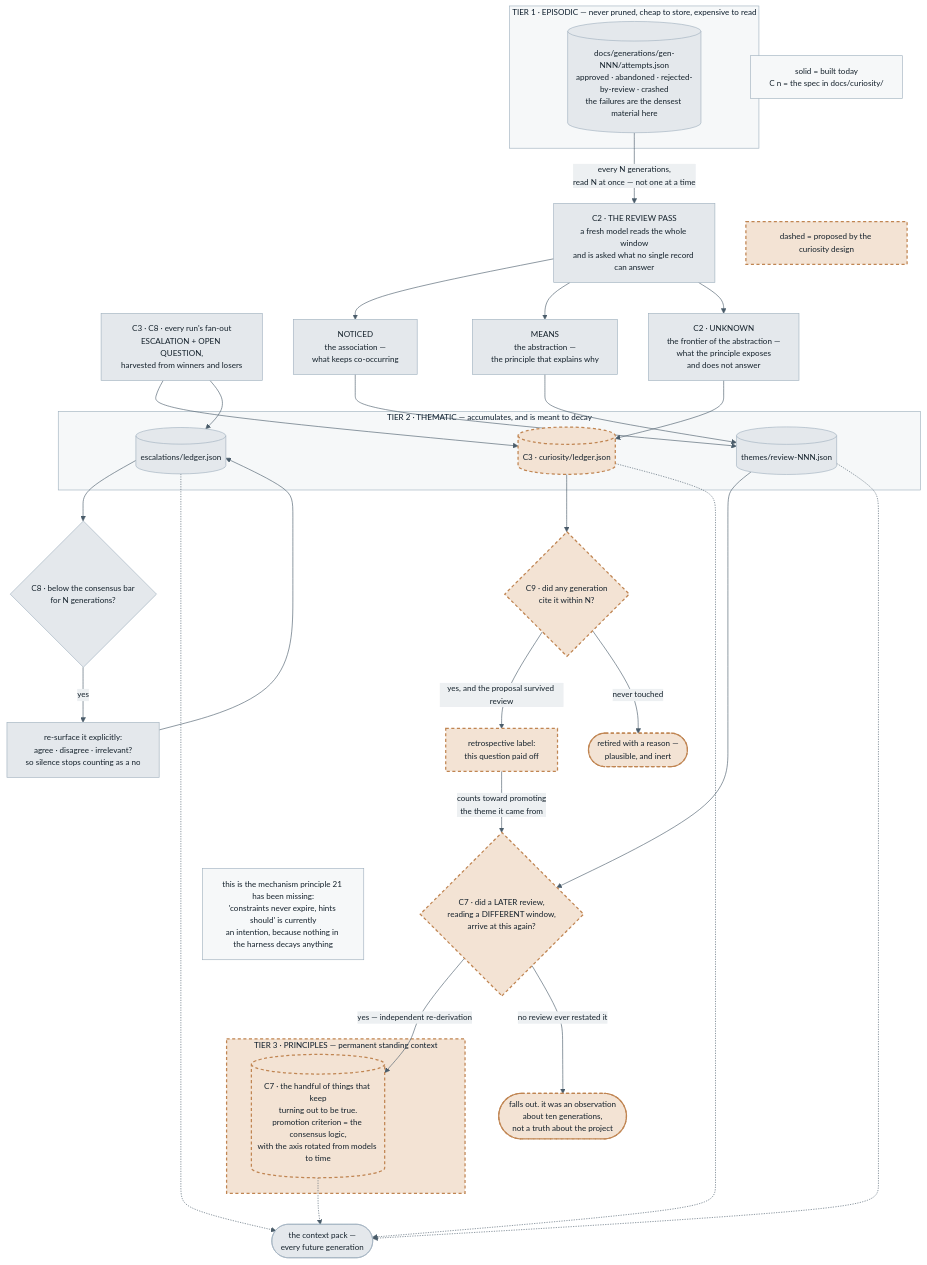
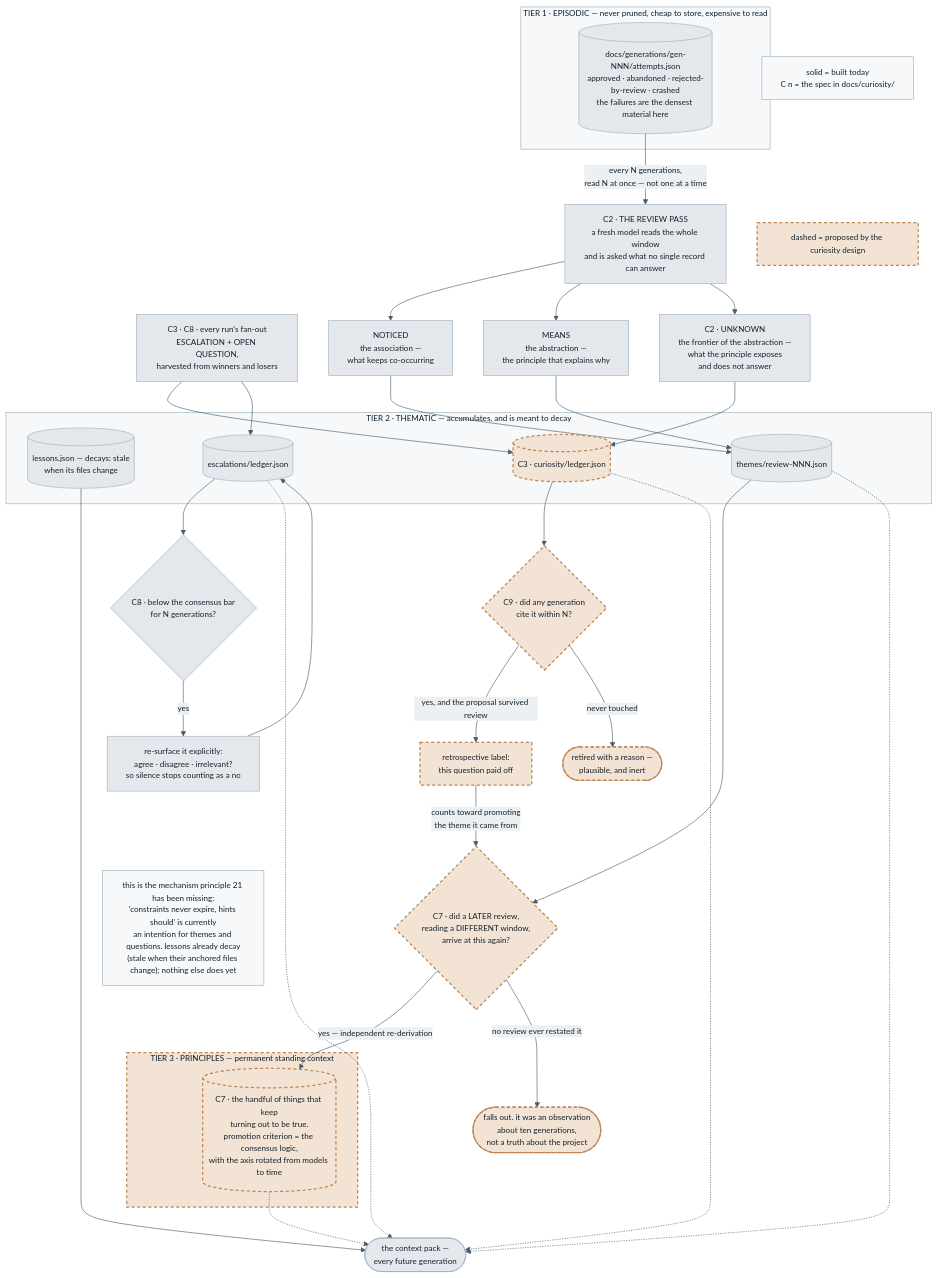
One commit to Chrisfoz/self-optimisation changed the diagram in learning/diagrams/proposed-curiosity-memory.mmd. Above: the diagram before and after it, drawn with Mermaid. The commit also changed 15 other files, not shown here.

First line of the commit message:
Docs, diagrams and test docs: steward sweep before going public (#49)

```diff
--- a/learning/diagrams/proposed-curiosity-memory.mmd
+++ b/learning/diagrams/proposed-curiosity-memory.mmd
@@ -1,63 +1,65 @@
 %%{init: {"theme":"base","themeVariables":{"fontSize":"13px","primaryColor":"#E4E8EC","primaryTextColor":"#14212B","primaryBorderColor":"#9FB0BE","lineColor":"#4A5C6A","secondaryColor":"#DCE7F0","tertiaryColor":"#F3E3D4","clusterBkg":"#F6F8F9","clusterBorder":"#9FB0BE","edgeLabelBackground":"#EDF0F2","textColor":"#14212B"}}}%%
 flowchart TB
   subgraph t1["TIER 1 · EPISODIC — never pruned, cheap to store, expensive to read"]
     gens[("docs/generations/gen-NNN/attempts.json<br/>approved · abandoned · rejected-by-review · crashed<br/>the failures are the densest material here")]
   end
 
   fan["C3 · C8 · every run's fan-out<br/>ESCALATION + OPEN QUESTION,<br/>harvested from winners and losers"]
 
   gens -->|"every N generations,<br/>read N at once — not one at a time"| trev["C2 · THE REVIEW PASS<br/>a fresh model reads the whole window<br/>and is asked what no single record can answer"]
 
   trev --> noticed["NOTICED<br/>the association —<br/>what keeps co-occurring"]
   trev --> means["MEANS<br/>the abstraction —<br/>the principle that explains why"]
   trev --> unknown["C2 · UNKNOWN<br/>the frontier of the abstraction —<br/>what the principle exposes<br/>and does not answer"]
 
   subgraph t2["TIER 2 · THEMATIC — accumulates, and is meant to decay"]
+    lessons[("lessons.json — decays: stale<br/>when its files change")]
     themes[("themes/review-NNN.json")]
     esc[("escalations/ledger.json")]
     ques[("C3 · curiosity/ledger.json")]
   end
 
   noticed --> themes
   means --> themes
   unknown --> ques
   fan --> ques
   fan --> esc
 
   themes --> rederived{"C7 · did a LATER review,<br/>reading a DIFFERENT window,<br/>arrive at this again?"}
   rederived -->|"yes — independent re-derivation"| prin
   rederived -->|"no review ever restated it"| drop(["falls out. it was an observation<br/>about ten generations,<br/>not a truth about the project"])
 
   ques --> cited{"C9 · did any generation<br/>cite it within N?"}
   cited -->|"yes, and the proposal survived review"| paid["retrospective label:<br/>this question paid off"]
   cited -->|"never touched"| retire(["retired with a reason —<br/>plausible, and inert"])
   paid -->|"counts toward promoting<br/>the theme it came from"| rederived
 
   esc --> stuck{"C8 · below the consensus bar<br/>for N generations?"}
   stuck -->|"yes"| resurf["re-surface it explicitly:<br/>agree · disagree · irrelevant?<br/>so silence stops counting as a no"]
   resurf --> esc
 
   subgraph t3["TIER 3 · PRINCIPLES — permanent standing context"]
     prin[("C7 · the handful of things that keep<br/>turning out to be true.<br/>promotion criterion = the consensus logic,<br/>with the axis rotated from models to time")]
   end
 
+  lessons --> out
   prin -.-> out
   themes -.-> out
   esc -.-> out
   ques -.-> out
   out(["the context pack —<br/>every future generation"])
 
-  note["this is the mechanism principle 21 has been missing:<br/>'constraints never expire, hints should' is currently<br/>an intention, because nothing in the harness decays anything"]
+  note["this is the mechanism principle 21 has been missing:<br/>'constraints never expire, hints should' is currently<br/>an intention for themes and questions. lessons already decay<br/>(stale when their anchored files change); nothing else does yet"]
   note ~~~ t3
 
   legendA["solid = built today<br/>C n = the spec in docs/curiosity/"]
   legendB["dashed = proposed by the curiosity design"]
   legendA ~~~ legendB
 
   classDef proposed fill:#F3E3D4,stroke:#C08552,stroke-width:2px,stroke-dasharray:5 4;
   classDef legend fill:#F6F8F9,stroke:#9FB0BE,stroke-width:1px;
   classDef note fill:#F6F8F9,stroke:#9FB0BE,stroke-width:1px;
   class legendB proposed;
   class legendA legend;
   class ques,cited,paid,retire,rederived,drop,prin,t3 proposed;
   class note note;
```
